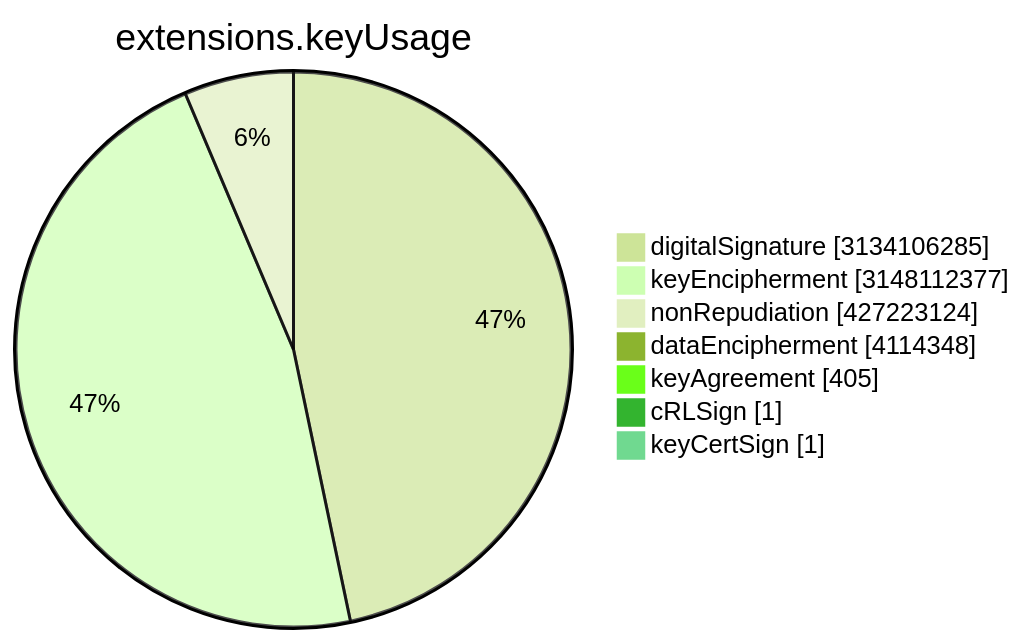
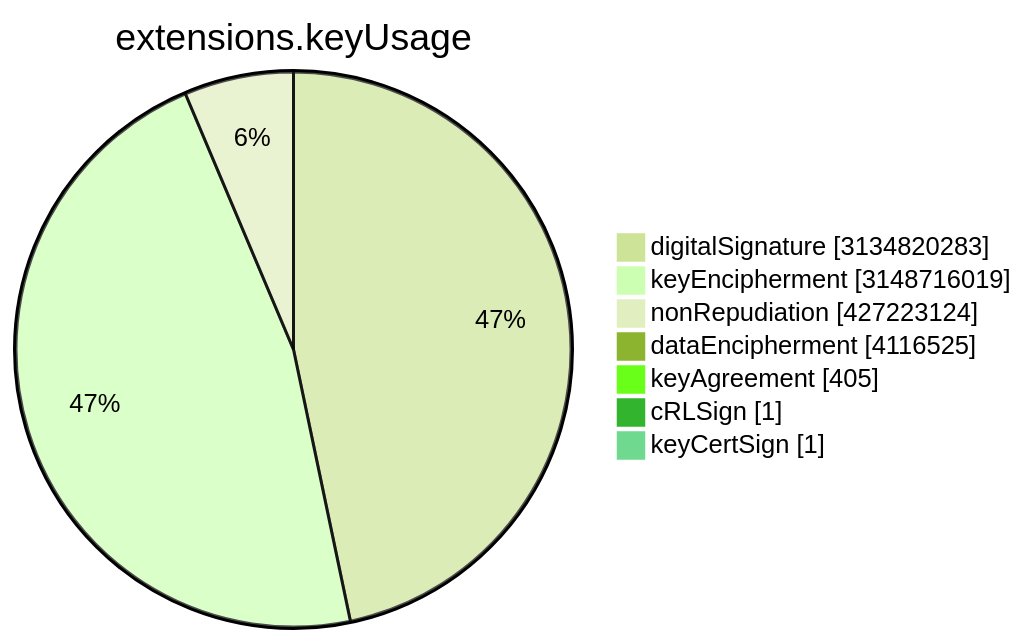
One commit to christiankrug/ctmonitor_visualization changed the sixth of 15 diagrams in TOTAL/README.md. Above: the diagram before and after it, drawn with Mermaid (forest theme). The commit also changed other lines of this file, not shown here.

````diff
--- a/TOTAL/README.md
+++ b/TOTAL/README.md
@@ -3077,11 +3077,11 @@
 ```mermaid
 pie showData
 title extensions.keyUsage
-"digitalSignature" :3134106285
-"keyEncipherment" :3148112377
+"digitalSignature" :3134820283
+"keyEncipherment" :3148716019
 "nonRepudiation" :427223124
-"dataEncipherment" :4114348
+"dataEncipherment" :4116525
 "keyAgreement" :405
 "cRLSign" :1
 "keyCertSign" :1
 ```
````
